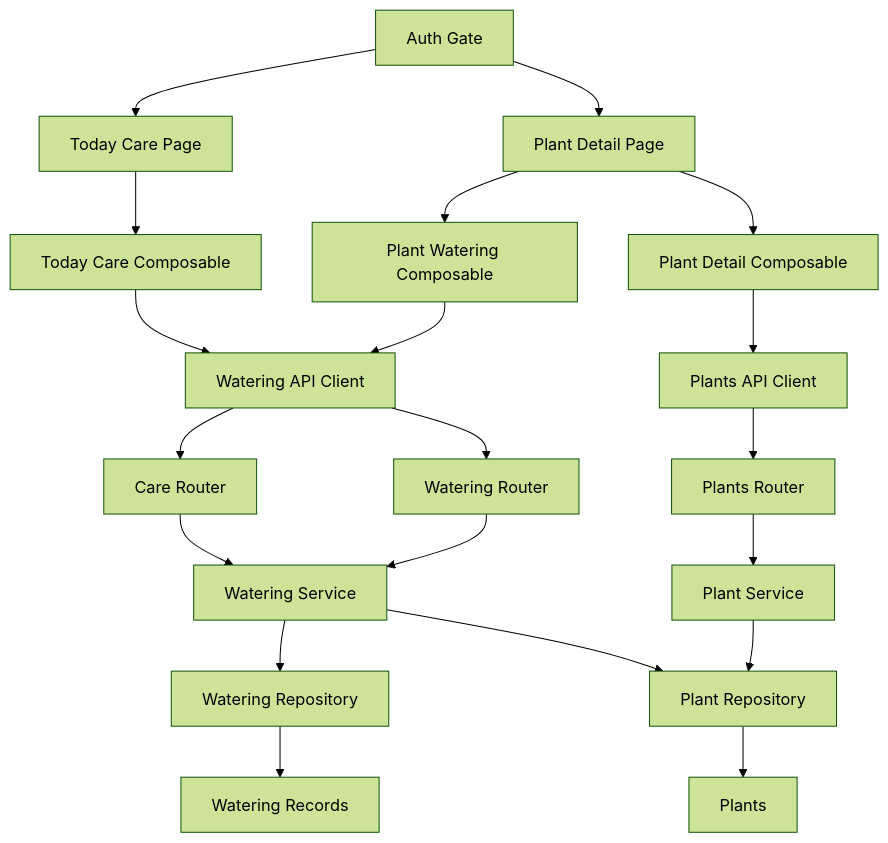
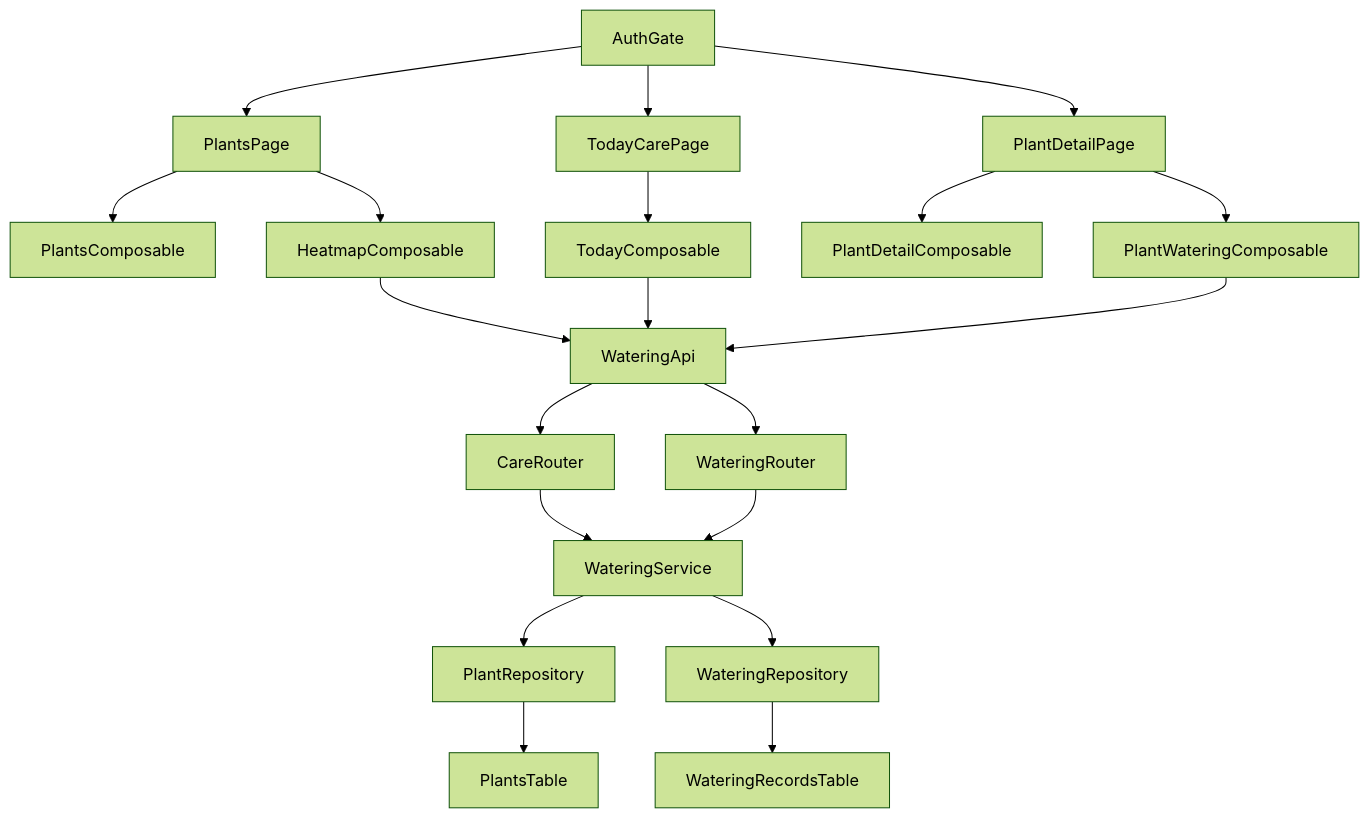
The first of 6 diagrams in .kiro/specs/plant-watering-care/design.md (atoook/green-log), drawn with Mermaid (forest theme) before and after one commit. The commit also changed other lines of this file and 2 other files, not shown here.

Commit message:
Design watering heatmap

````diff
--- a/.kiro/specs/plant-watering-care/design.md
+++ b/.kiro/specs/plant-watering-care/design.md
@@ -75,22 +79,22 @@
 ```mermaid
 graph TB
-    AuthGate[Auth Gate] --> TodayPage[Today Care Page]
-    AuthGate --> PlantDetailPage[Plant Detail Page]
-    TodayPage --> TodayComposable[Today Care Composable]
-    PlantDetailPage --> PlantDetailComposable[Plant Detail Composable]
-    PlantDetailPage --> PlantWateringComposable[Plant Watering Composable]
-    TodayComposable --> WateringApi[Watering API Client]
+    AuthGate --> PlantsPage
+    AuthGate --> TodayCarePage
+    AuthGate --> PlantDetailPage
+    PlantsPage --> PlantsComposable
+    PlantsPage --> HeatmapComposable
+    TodayCarePage --> TodayComposable
+    PlantDetailPage --> PlantDetailComposable
+    PlantDetailPage --> PlantWateringComposable
+    HeatmapComposable --> WateringApi
+    TodayComposable --> WateringApi
     PlantWateringComposable --> WateringApi
-    PlantDetailComposable --> PlantsApi[Plants API Client]
-    WateringApi --> CareRouter[Care Router]
-    WateringApi --> WateringRouter[Watering Router]
-    PlantsApi --> PlantsRouter[Plants Router]
-    CareRouter --> WateringService[Watering Service]
+    WateringApi --> CareRouter
+    WateringApi --> WateringRouter
+    CareRouter --> WateringService
     WateringRouter --> WateringService
-    PlantsRouter --> PlantService[Plant Service]
-    WateringService --> WateringRepository[Watering Repository]
-    WateringService --> PlantRepository[Plant Repository]
-    PlantService --> PlantRepository
-    WateringRepository --> WateringRecords[Watering Records]
-    PlantRepository --> Plants[Plants]
+    WateringService --> PlantRepository
+    WateringService --> WateringRepository
+    PlantRepository --> PlantsTable
+    WateringRepository --> WateringRecordsTable
 ```
````
